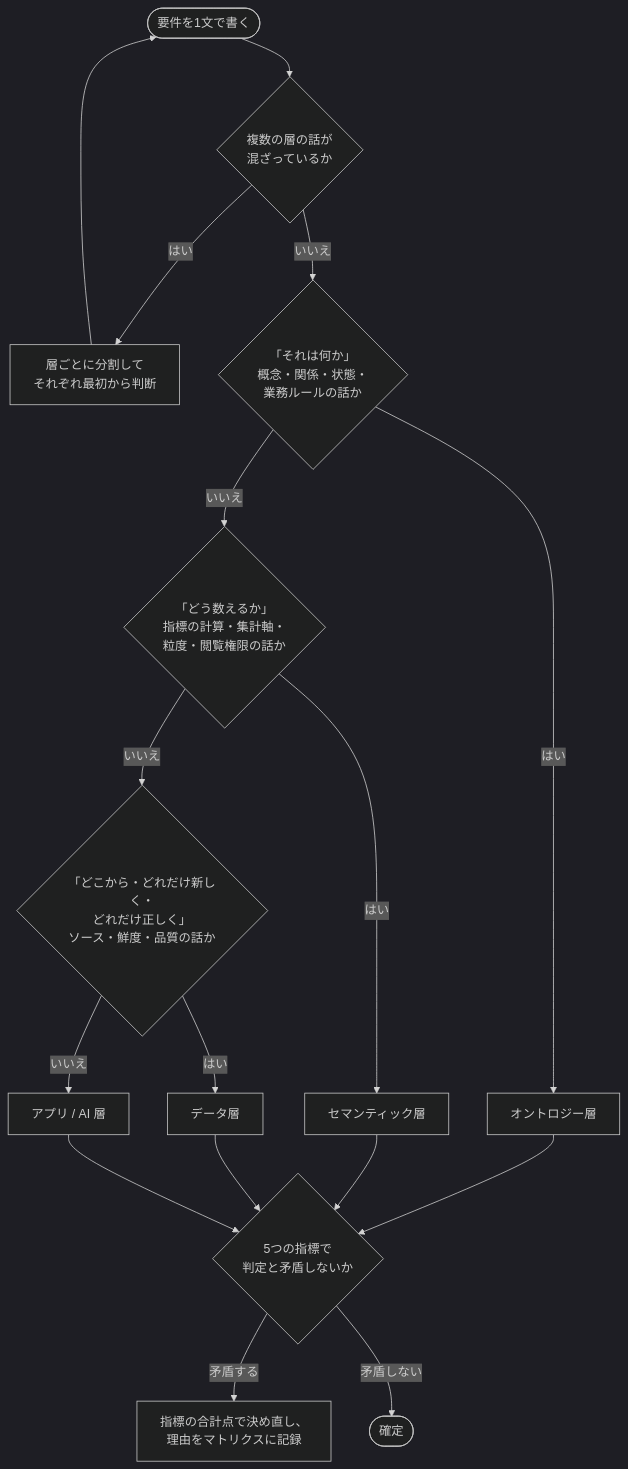
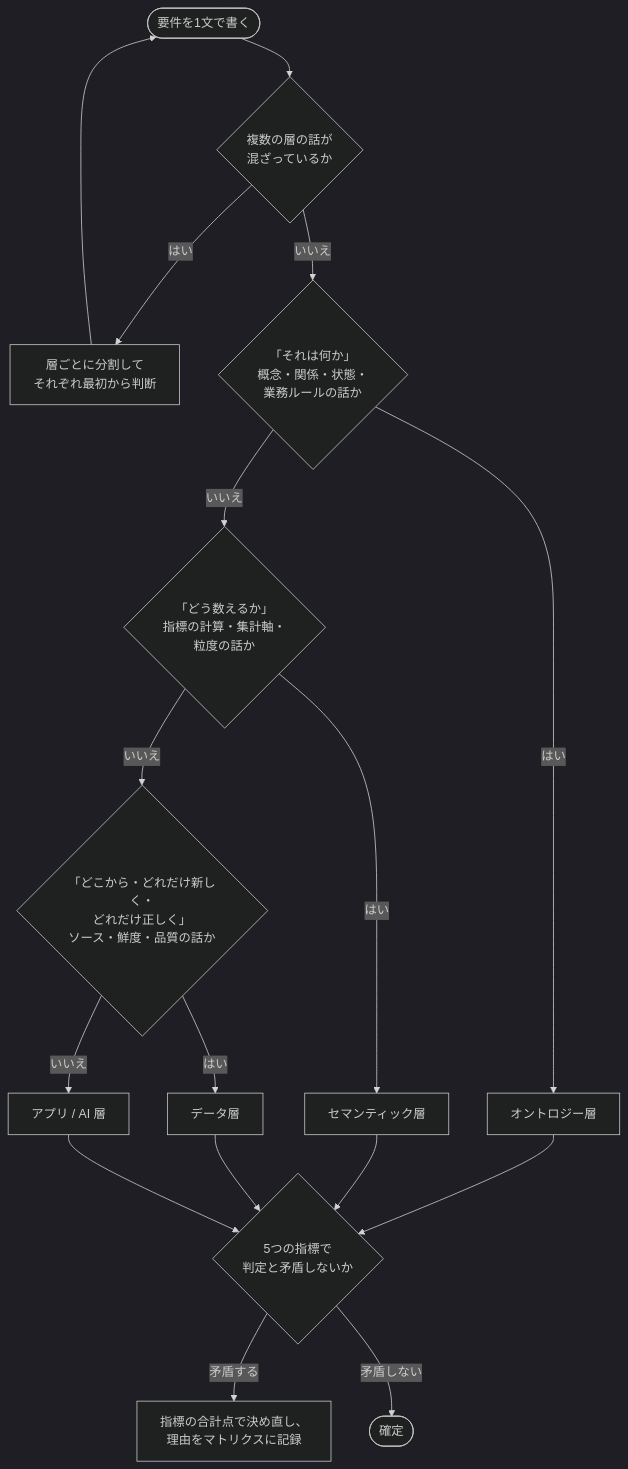
One commit to keito118/ai-ready-requirements changed the diagram in framework/ja/02_decision-criteria.md. Above: the diagram before and after it, drawn with Mermaid (dark theme). The commit also changed other lines of this file and 16 other files, not shown here.

Commit message:
Add AI processing flow and make access a cross-cutting policy (en/ja)

````diff
--- a/framework/ja/02_decision-criteria.md
+++ b/framework/ja/02_decision-criteria.md
@@ -14,15 +14,15 @@
 ```mermaid
 flowchart TD
   S([要件を1文で書く]) --> SPLIT{複数の層の話が<br/>混ざっているか}
   SPLIT -- はい --> DIV[層ごとに分割して<br/>それぞれ最初から判断] --> S
   SPLIT -- いいえ --> Q1{「それは何か」<br/>概念・関係・状態・<br/>業務ルールの話か}
   Q1 -- はい --> ONT[オントロジー層]
-  Q1 -- いいえ --> Q2{「どう数えるか」<br/>指標の計算・集計軸・<br/>粒度・閲覧権限の話か}
+  Q1 -- いいえ --> Q2{「どう数えるか」<br/>指標の計算・集計軸・<br/>粒度の話か}
   Q2 -- はい --> SEM[セマンティック層]
   Q2 -- いいえ --> Q3{「どこから・どれだけ新しく・<br/>どれだけ正しく」<br/>ソース・鮮度・品質の話か}
   Q3 -- はい --> DAT[データ層]
   Q3 -- いいえ --> APP[アプリ / AI 層]
   ONT & SEM & DAT & APP --> CHK{5つの指標で<br/>判定と矛盾しないか}
   CHK -- 矛盾する --> REV[指標の合計点で決め直し、<br/>理由をマトリクスに記録]
   CHK -- 矛盾しない --> OK([確定])
 ```
````
